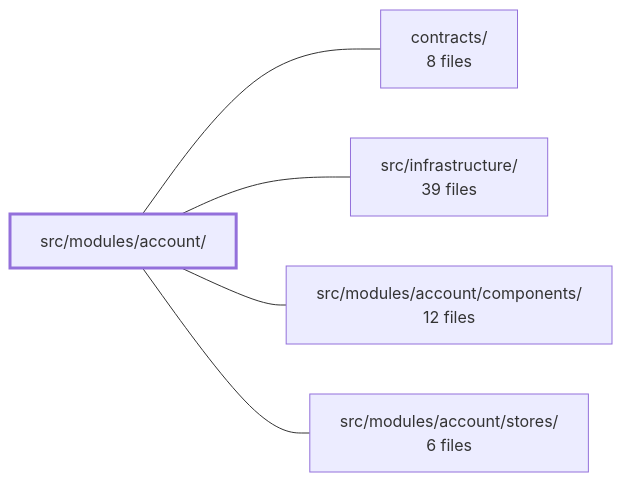
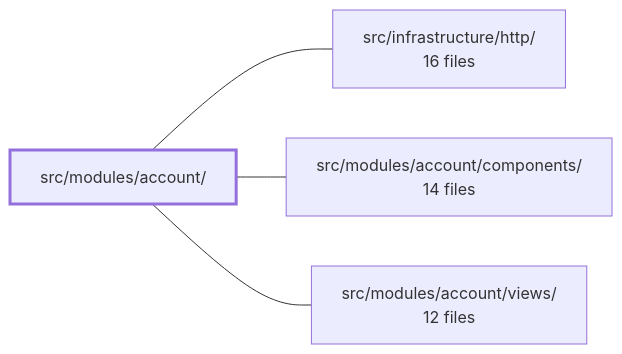
One commit to Guebbit/boilerplate-vue-frontend changed the diagram in .2brain/modules/boilerplate-vue-frontend_src_modules_account.md. Above: the diagram before and after it, drawn with Mermaid. The commit also changed other lines of this file and 960 other files, not shown here.

````diff
--- a/.2brain/modules/boilerplate-vue-frontend_src_modules_account.md
+++ b/.2brain/modules/boilerplate-vue-frontend_src_modules_account.md
@@ -41,13 +51,11 @@
 ```mermaid
 flowchart LR
     m_src_modules_account["src/modules/account/"]
-    m_contracts["contracts/<br/>8 files"]
-    m_src_infrastructure["src/infrastructure/<br/>39 files"]
-    m_src_modules_account_components["src/modules/account/components/<br/>12 files"]
-    m_src_modules_account_stores["src/modules/account/stores/<br/>6 files"]
-    m_src_modules_account --- m_contracts
-    m_src_modules_account --- m_src_infrastructure
+    m_src_infrastructure_http["src/infrastructure/http/<br/>16 files"]
+    m_src_modules_account_components["src/modules/account/components/<br/>14 files"]
+    m_src_modules_account_views["src/modules/account/views/<br/>12 files"]
+    m_src_modules_account --- m_src_infrastructure_http
     m_src_modules_account --- m_src_modules_account_components
-    m_src_modules_account --- m_src_modules_account_stores
+    m_src_modules_account --- m_src_modules_account_views
     style m_src_modules_account stroke-width:3px
 ```
````
